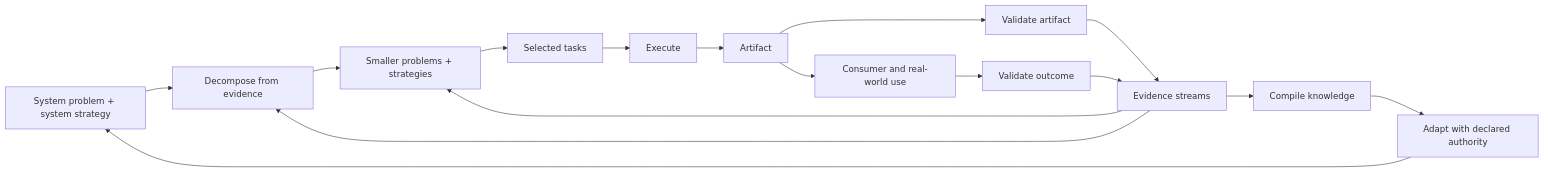
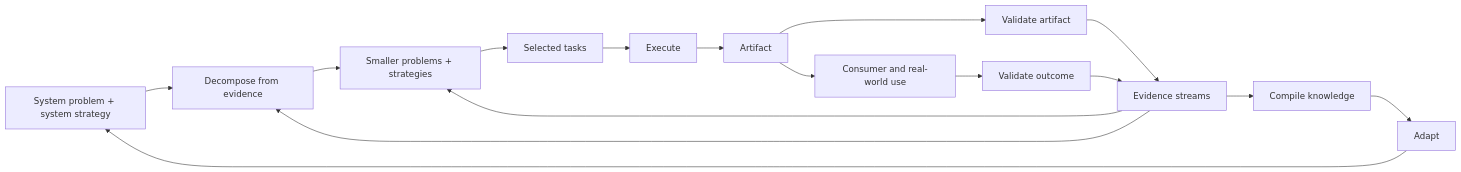
The first of 2 diagrams in framework/README.md (flooper68/adaptive-problem-solving-systems), drawn with Mermaid before and after one commit. The commit also changed other lines of this file and 7 other files, not shown here.

````diff
--- a/framework/README.md
+++ b/framework/README.md
@@ -32,18 +32,18 @@
 ```mermaid
 flowchart LR
     problem["System problem + system strategy"] --> decompose["Decompose from evidence"]
     decompose --> openProblems["Smaller problems + strategies"]
     openProblems --> tasks["Selected tasks"]
     tasks --> execute["Execute"]
     execute --> artifact["Artifact"]
     artifact --> artifactValidation["Validate artifact"]
     artifact --> consumer["Consumer and real-world use"]
     consumer --> outcomeValidation["Validate outcome"]
     artifactValidation --> evidence["Evidence streams"]
     outcomeValidation --> evidence
     evidence --> decompose
     evidence --> openProblems
     evidence --> compile["Compile knowledge"]
-    compile --> adapt["Adapt with declared authority"]
+    compile --> adapt["Adapt"]
     adapt --> problem
 ```
````
